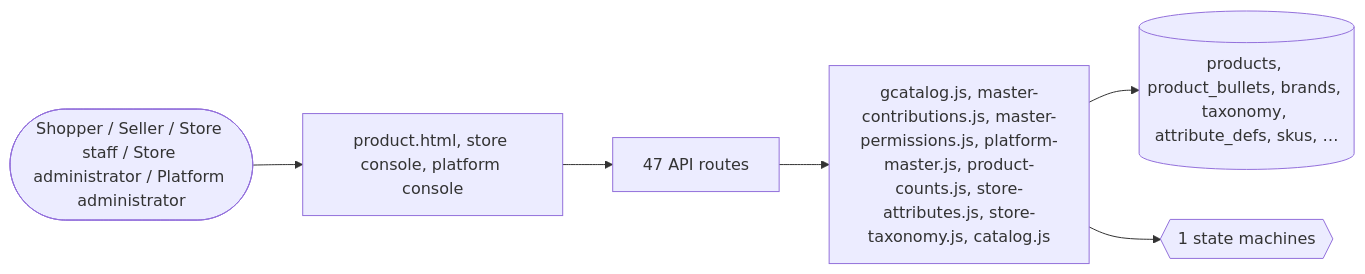
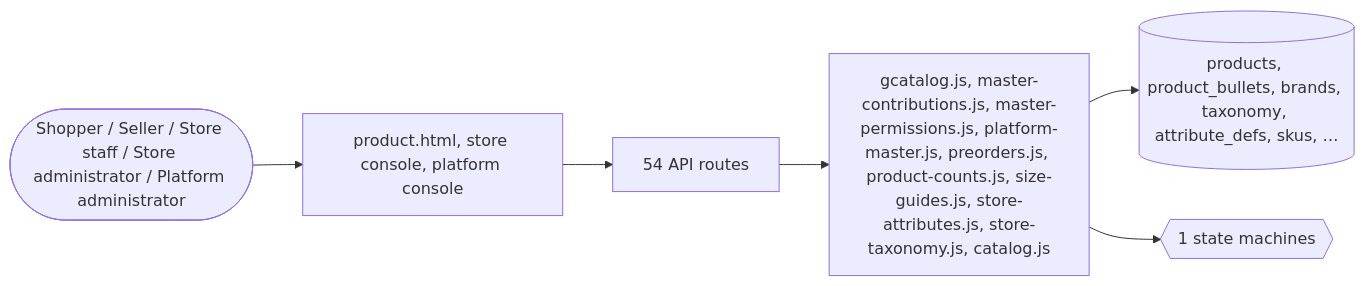
One commit to echelonxventures-Projects/universal-product changed the second of 2 diagrams in docs/domains/catalog.md. Above: the diagram before and after it, drawn with Mermaid. The commit also changed other lines of this file and 25 other files, not shown here.

First line of the commit message:
feat(shopper): delivery slots, serviceable areas, size guides and pre-orders

````diff
--- a/docs/domains/catalog.md
+++ b/docs/domains/catalog.md
@@ -254,8 +306,8 @@
 ```mermaid
 flowchart LR
   U([Shopper / Seller / Store staff / Store administrator / Platform administrator]) --> UI[product.html, store console, platform console]
-  UI --> API[47 API routes]
-  API --> ENG[gcatalog.js, master-contributions.js, master-permissions.js, platform-master.js, product-counts.js, store-attributes.js, store-taxonomy.js, catalog.js]
+  UI --> API[54 API routes]
+  API --> ENG[gcatalog.js, master-contributions.js, master-permissions.js, platform-master.js, preorders.js, product-counts.js, size-guides.js, store-attributes.js, store-taxonomy.js, catalog.js]
   ENG --> DB[(products, product_bullets, brands, taxonomy, attribute_defs, skus, …)]
   ENG --> SM{{1 state machines}}
 ```
````
